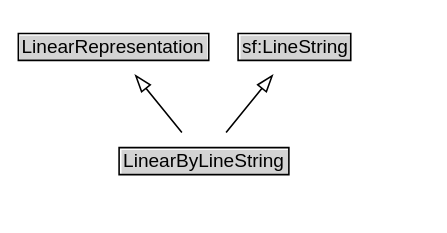
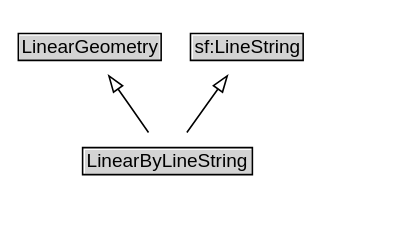
Before and after one commit to ISO-TC204/ontology-its-location-v1: the diagram in docs/diagrams/LinearByLineString.dot, drawn with Graphviz. The commit also changed 400 other files, not shown here.

```diff
--- a/docs/diagrams/LinearByLineString.dot
+++ b/docs/diagrams/LinearByLineString.dot
@@ -1,21 +1,21 @@
 // Diagram for LinearByLineString
 digraph {
 	graph [overlap=false rankdir=TB splines=true]
 	node [fontname=Arial fontsize=12 margin=0 shape=none]
 	edge [fontname=Arial fontsize=11]
 	{
 		rank=source
-		LinearRepresentation [label=<<TABLE BORDER="1" CELLBORDER="0" CELLSPACING="0" CELLPADDING="1"><TR><TD BGCOLOR="lightgray" ALIGN="CENTER">LinearRepresentation</TD></TR></TABLE>> URL="../LinearRepresentation" margin=0]
+		LinearGeometry [label=<<TABLE BORDER="1" CELLBORDER="0" CELLSPACING="0" CELLPADDING="1"><TR><TD BGCOLOR="lightgray" ALIGN="CENTER">LinearGeometry</TD></TR></TABLE>> URL="../LinearGeometry" margin=0]
 		sf_LineString [label=<<TABLE BORDER="1" CELLBORDER="0" CELLSPACING="0" CELLPADDING="1"><TR><TD BGCOLOR="lightgray" ALIGN="CENTER">sf:LineString</TD></TR></TABLE>> URL="https://w3id.org/citydata/imported/sf/latest/LineString" margin=0]
 	}
 	LinearByLineString [label=<<TABLE BORDER="1" CELLBORDER="0" CELLSPACING="0" CELLPADDING="1"><TR><TD BGCOLOR="lightgray" ALIGN="CENTER">LinearByLineString</TD></TR></TABLE>> URL="../LinearByLineString" margin=0]
 	{
 		rank=max
 	}
 	subgraph cluster_associated {
 		label="" style=invis
 		Invis [label=<<TABLE BORDER="0" CELLBORDER="0" CELLSPACING="0" CELLPADDING="1"><TR><TD></TD></TR></TABLE>> margin=0 style=invis]
 	}
-	LinearByLineString -> LinearRepresentation [arrowhead=onormal style=solid]
+	LinearByLineString -> LinearGeometry [arrowhead=onormal style=solid]
 	LinearByLineString -> sf_LineString [arrowhead=onormal style=solid]
 }
```
